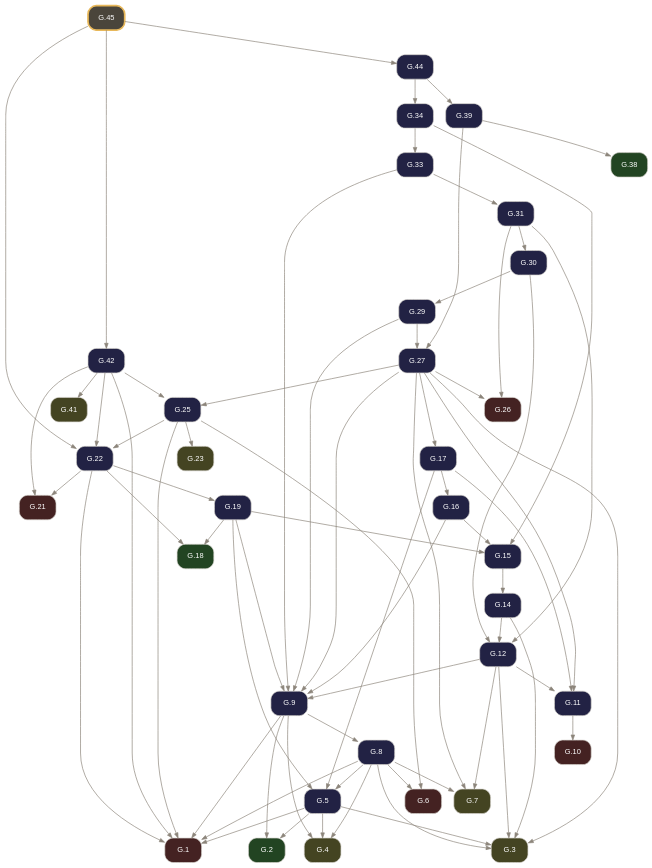
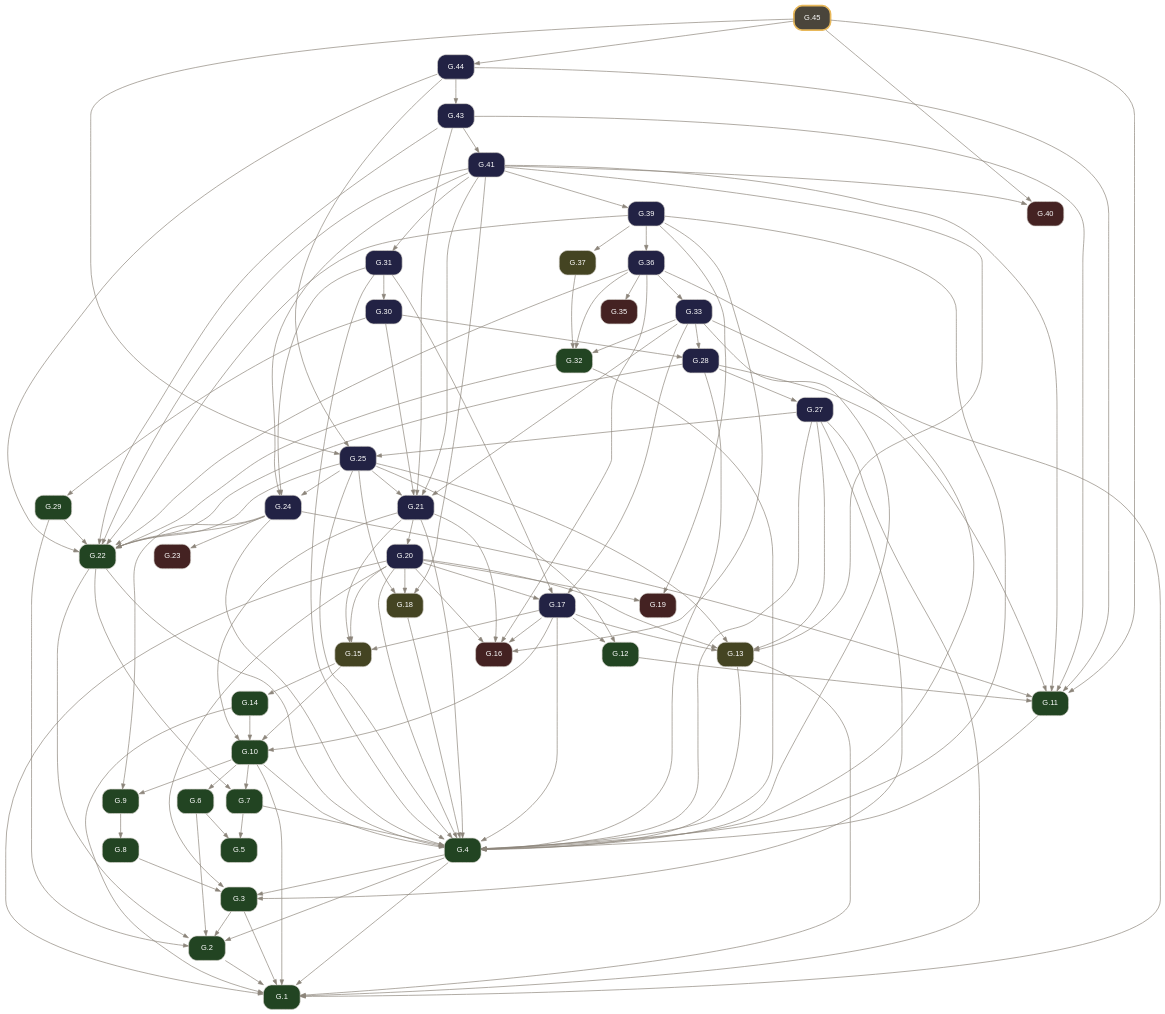
One commit to geometor/elements changed the diagram in docsrc/elements2/G.45/index.rst. Above: the diagram before and after it, drawn with Graphviz. The commit also changed other lines of this file and 2974 other files, not shown here.

Commit message:
feat(elements2): wire defined terms, short verb titles, coincidence operator, and 2-point circle notation (v0.4.0)

```diff
--- a/docsrc/elements2/G.45/index.rst
+++ b/docsrc/elements2/G.45/index.rst
@@ -82,108 +99,166 @@
      node [shape=box, style="rounded,filled", fontname="Helvetica", fontsize=11, color="#d6d3cd", fontcolor="#ffffff"];
      edge [color="#8c857b", fontcolor="#8c857b", arrowsize=0.75];
      rankdir="TB";
-     "G.1" [label="G.1", tooltip="G.1 (I.cn.1): Things equal to the same thing are equal to one another.", fillcolor="#442222", URL="../G.1/index.html", target="_top"];
-     "G.2" [label="G.2", tooltip="G.2 (I.def.15): A circle is a plane figure contained by one line such that all segments falling upon it from its center are equal.", fillcolor="#224422", URL="../G.2/index.html", target="_top"];
-     "G.3" [label="G.3", tooltip="G.3 (I.post.1): Construct a segment between any two points.", fillcolor="#444422", URL="../G.3/index.html", target="_top"];
-     "G.4" [label="G.4", tooltip="G.4 (I.post.3): Construct a circle with any center and radius.", fillcolor="#444422", URL="../G.4/index.html", target="_top"];
-     "G.5" [label="G.5", tooltip="G.5 (I.1): Construct an equilateral triangle on a given finite segment.", fillcolor="#222244", URL="../G.5/index.html", target="_top"];
-     "G.6" [label="G.6", tooltip="G.6 (I.cn.3): If equals are subtracted from equals, the remainders are equal.", fillcolor="#442222", URL="../G.6/index.html", target="_top"];
-     "G.7" [label="G.7", tooltip="G.7 (I.post.2): Extend a finite segment continuously in a straight line.", fillcolor="#444422", URL="../G.7/index.html", target="_top"];
-     "G.8" [label="G.8", tooltip="G.8 (I.2): Construct at a given point a segment equal to a given segment.", fillcolor="#222244", URL="../G.8/index.html", target="_top"];
-     "G.9" [label="G.9", tooltip="G.9 (I.3): Cut off from the greater of two unequal segments a segment equal to the less.", fillcolor="#222244", URL="../G.9/index.html", target="_top"];
-     "G.10" [label="G.10", tooltip="G.10 (I.cn.4): Things that coincide with one another are equal.", fillcolor="#442222", URL="../G.10/index.html", target="_top"];
-     "G.11" [label="G.11", tooltip="G.11 (I.4): Triangles with two sides and the included angle equal are congruent (SAS).", fillcolor="#222244", URL="../G.11/index.html", target="_top"];
-     "G.12" [label="G.12", tooltip="G.12 (I.5): In an isosceles triangle, the angles at the base are equal, and if the equal sides are extended, the angles under the base are equal.", fillcolor="#222244", URL="../G.12/index.html", target="_top"];
-     "G.14" [label="G.14", tooltip="G.14 (I.7): On the same segment and on the same side, there cannot be constructed two distinct triangles with both pairs of conterminous sides equal.", fillcolor="#222244", URL="../G.14/index.html", target="_top"];
-     "G.15" [label="G.15", tooltip="G.15 (I.8): Triangles with all three corresponding sides equal have their corresponding angles equal (SSS).", fillcolor="#222244", URL="../G.15/index.html", target="_top"];
-     "G.16" [label="G.16", tooltip="G.16 (I.9): Bisect a given angle.", fillcolor="#222244", URL="../G.16/index.html", target="_top"];
-     "G.17" [label="G.17", tooltip="G.17 (I.10): Bisect a given finite segment.", fillcolor="#222244", URL="../G.17/index.html", target="_top"];
-     "G.18" [label="G.18", tooltip="G.18 (I.def.10): When a straight line standing on a straight line makes the adjacent angles equal, each of the equal angles is a right angle, and the standing line is perpendicular to that on which...", fillcolor="#224422", URL="../G.18/index.html", target="_top"];
-     "G.19" [label="G.19", tooltip="G.19 (I.11): Construct a line at right angles to a given line from a given point on it.", fillcolor="#222244", URL="../G.19/index.html", target="_top"];
-     "G.21" [label="G.21", tooltip="G.21 (I.cn.2): If equals are added to equals, the wholes are equal.", fillcolor="#442222", URL="../G.21/index.html", target="_top"];
-     "G.22" [label="G.22", tooltip="G.22 (I.13): A ray standing on a line makes either two right angles or adjacent angles summing to two right angles.", fillcolor="#222244", URL="../G.22/index.html", target="_top"];
-     "G.23" [label="G.23", tooltip="G.23 (I.post.4): All right angles are equal.", fillcolor="#444422", URL="../G.23/index.html", target="_top"];
-     "G.25" [label="G.25", tooltip="G.25 (I.15): Intersecting lines make their vertical angles equal.", fillcolor="#222244", URL="../G.25/index.html", target="_top"];
-     "G.26" [label="G.26", tooltip="G.26 (I.cn.5): The whole is greater than the part.", fillcolor="#442222", URL="../G.26/index.html", target="_top"];
-     "G.27" [label="G.27", tooltip="G.27 (I.16): In any triangle, if one side is extended, the exterior angle is greater than either opposite interior angle.", fillcolor="#222244", URL="../G.27/index.html", target="_top"];
-     "G.29" [label="G.29", tooltip="G.29 (I.18): In any triangle, the greater side subtends the greater angle.", fillcolor="#222244", URL="../G.29/index.html", target="_top"];
-     "G.30" [label="G.30", tooltip="G.30 (I.19): In any triangle, the greater angle is subtended by the greater side.", fillcolor="#222244", URL="../G.30/index.html", target="_top"];
-     "G.31" [label="G.31", tooltip="G.31 (I.20): In any triangle, the sum of any two sides is greater than the remaining side.", fillcolor="#222244", URL="../G.31/index.html", target="_top"];
-     "G.33" [label="G.33", tooltip="G.33 (I.22): Construct a triangle from three segments equal to three given segments satisfying the triangle inequality.", fillcolor="#222244", URL="../G.33/index.html", target="_top"];
-     "G.34" [label="G.34", tooltip="G.34 (I.23): Construct on a given line at a given point an angle equal to a given angle.", fillcolor="#222244", URL="../G.34/index.html", target="_top"];
-     "G.38" [label="G.38", tooltip="G.38 (I.def.23): Parallel lines are straight lines in the same plane which, produced indefinitely in both directions, do not meet.", fillcolor="#224422", URL="../G.38/index.html", target="_top"];
-     "G.39" [label="G.39", tooltip="G.39 (I.27): If a transversal cutting two lines makes the alternate interior angles equal, the lines are parallel.", fillcolor="#222244", URL="../G.39/index.html", target="_top"];
-     "G.41" [label="G.41", tooltip="G.41 (I.post.5): Two lines intersected by a transversal with interior angles on one side summing to less than two right angles meet on that side.", fillcolor="#444422", URL="../G.41/index.html", target="_top"];
-     "G.42" [label="G.42", tooltip="G.42 (I.29): A transversal cutting parallel lines makes alternate interior angles equal, exterior and opposite interior angles equal, and same-side interior angles supplementary.", fillcolor="#222244", URL="../G.42/index.html", target="_top"];
-     "G.44" [label="G.44", tooltip="G.44 (I.31): Construct through a given point a line parallel to a given line.", fillcolor="#222244", URL="../G.44/index.html", target="_top"];
-     "G.45" [label="G.45", tooltip="G.45 (I.32): In any triangle, an exterior angle equals the sum of the two opposite interior angles, and the three interior angles sum to two right angles.", penwidth=2.5, color="#e8b85a", fillcolor="#4a453b", URL="index.html", target="_top"];
-     "G.5" -> "G.1";
-     "G.8" -> "G.1";
-     "G.9" -> "G.1";
-     "G.22" -> "G.1";
-     "G.25" -> "G.1";
-     "G.42" -> "G.1";
-     "G.5" -> "G.2";
-     "G.9" -> "G.2";
-     "G.5" -> "G.3";
+     "G.1" [label="G.1", tooltip="G.1 (I.def.1): A point A is that which has no part.", fillcolor="#224422", URL="../G.1/index.html", target="_top"];
+     "G.2" [label="G.2", tooltip="G.2 (I.def.2): A line [ A B ] is a projection of a relationship of two points A, B.", fillcolor="#224422", URL="../G.2/index.html", target="_top"];
+     "G.3" [label="G.3", tooltip="G.3 (I.def.3): The extremities of a segment / A B / are points A, B.", fillcolor="#224422", URL="../G.3/index.html", target="_top"];
+     "G.4" [label="G.4", tooltip="G.4 (I.def.4): A segment / A B / is a portion of a line [ A B ] between two points A, B on the line.", fillcolor="#224422", URL="../G.4/index.html", target="_top"];
+     "G.5" [label="G.5", tooltip="G.5 (I.def.5): A surface is that which has length and breadth only.", fillcolor="#224422", URL="../G.5/index.html", target="_top"];
+     "G.6" [label="G.6", tooltip="G.6 (I.def.6): The extremities of a surface are lines or arcs.", fillcolor="#224422", URL="../G.6/index.html", target="_top"];
+     "G.7" [label="G.7", tooltip="G.7 (I.def.7): A plane surface lies evenly with the lines on itself.", fillcolor="#224422", URL="../G.7/index.html", target="_top"];
+     "G.8" [label="G.8", tooltip="G.8 (I.def.13): A boundary is the extremity of anything.", fillcolor="#224422", URL="../G.8/index.html", target="_top"];
+     "G.9" [label="G.9", tooltip="G.9 (I.def.14): A figure is that which is contained by any boundary or boundaries.", fillcolor="#224422", URL="../G.9/index.html", target="_top"];
+     "G.10" [label="G.10", tooltip="G.10 (I.def.15): A circle ( A B ) is a plane figure contained by one arc defined by a center A and a point B establishing its defining radius / A B /, such that all segments / A B /, / A C /, / A D...", fillcolor="#224422", URL="../G.10/index.html", target="_top"];
+     "G.11" [label="G.11", tooltip="G.11 (I.def.19): Rectilineal figures are contained by segments: trilateral by three, quadrilateral by four, and multilateral by more than four.", fillcolor="#224422", URL="../G.11/index.html", target="_top"];
+     "G.12" [label="G.12", tooltip="G.12 (I.def.20): Of trilateral figures, an equilateral triangle < A B C > has three equal sides, an isosceles triangle < D E F > has two equal sides, and a scalene triangle < G H K > has three uneq...", fillcolor="#224422", URL="../G.12/index.html", target="_top"];
+     "G.13" [label="G.13", tooltip="G.13 (I.post.1): Construct a segment / A B / between any two points A, B.", fillcolor="#444422", URL="../G.13/index.html", target="_top"];
+     "G.14" [label="G.14", tooltip="G.14 (I.def.16): The point A within the circle ( A B ) from which all segments / A B /, / A C / to the arc are equal is called the center of the circle.", fillcolor="#224422", URL="../G.14/index.html", target="_top"];
+     "G.15" [label="G.15", tooltip="G.15 (I.post.3): Construct a circle ( A B ) with center A and defining radius point B.", fillcolor="#444422", URL="../G.15/index.html", target="_top"];
+     "G.16" [label="G.16", tooltip="G.16 (I.cn.1): Things equal to the same thing are equal to one another.", fillcolor="#442222", URL="../G.16/index.html", target="_top"];
+     "G.17" [label="G.17", tooltip="G.17 (I.1): Construct an equilateral triangle on a given segment.", fillcolor="#222244", URL="../G.17/index.html", target="_top"];
+     "G.18" [label="G.18", tooltip="G.18 (I.post.2): Extend a segment / A B / continuously along a line [ A B ] to / B C /.", fillcolor="#444422", URL="../G.18/index.html", target="_top"];
+     "G.19" [label="G.19", tooltip="G.19 (I.cn.3): If equals are subtracted from equals, the remainders are equal.", fillcolor="#442222", URL="../G.19/index.html", target="_top"];
+     "G.20" [label="G.20", tooltip="G.20 (I.2): Construct at a given point a segment equal to a given segment.", fillcolor="#222244", URL="../G.20/index.html", target="_top"];
+     "G.21" [label="G.21", tooltip="G.21 (I.3): Cut off from the greater of two unequal segments a segment equal to the less.", fillcolor="#222244", URL="../G.21/index.html", target="_top"];
+     "G.22" [label="G.22", tooltip="G.22 (I.def.8): A plane angle is the inclination to one another of two lines or arcs in a plane that meet and do not lie on the same line.", fillcolor="#224422", URL="../G.22/index.html", target="_top"];
+     "G.23" [label="G.23", tooltip="G.23 (I.cn.4): Things / A B /, / D E / that coincide with one another are equal to one another.", fillcolor="#442222", URL="../G.23/index.html", target="_top"];
+     "G.24" [label="G.24", tooltip="G.24 (I.4): Triangles with two sides and the included angle equal are congruent (SAS).", fillcolor="#222244", URL="../G.24/index.html", target="_top"];
+     "G.25" [label="G.25", tooltip="G.25 (I.5): In an isosceles triangle, the angles at the base are equal, and if the equal sides are extended, the angles under the base are equal.", fillcolor="#222244", URL="../G.25/index.html", target="_top"];
+     "G.27" [label="G.27", tooltip="G.27 (I.7): On the same segment and on the same side, there cannot be constructed two distinct triangles with both pairs of conterminous sides equal.", fillcolor="#222244", URL="../G.27/index.html", target="_top"];
+     "G.28" [label="G.28", tooltip="G.28 (I.8): Triangles with all three corresponding sides equal have their corresponding angles equal (SSS).", fillcolor="#222244", URL="../G.28/index.html", target="_top"];
+     "G.29" [label="G.29", tooltip="G.29 (I.def.9): A rectilineal angle is contained by two segments or lines.", fillcolor="#224422", URL="../G.29/index.html", target="_top"];
+     "G.30" [label="G.30", tooltip="G.30 (I.9): Bisect a given angle.", fillcolor="#222244", URL="../G.30/index.html", target="_top"];
+     "G.31" [label="G.31", tooltip="G.31 (I.10): Bisect a given segment.", fillcolor="#222244", URL="../G.31/index.html", target="_top"];
+     "G.32" [label="G.32", tooltip="G.32 (I.def.10): When a segment standing on a line makes the adjacent angles equal, each of the equal angles is a right angle, and the standing segment is perpendicular to the line.", fillcolor="#224422", URL="../G.32/index.html", target="_top"];
+     "G.33" [label="G.33", tooltip="G.33 (I.11): Construct a segment at right angles to a given line from a given point on it.", fillcolor="#222244", URL="../G.33/index.html", target="_top"];
+     "G.35" [label="G.35", tooltip="G.35 (I.cn.2): If equals are added to equals, the wholes are equal.", fillcolor="#442222", URL="../G.35/index.html", target="_top"];
+     "G.36" [label="G.36", tooltip="G.36 (I.13): A segment standing on a line makes either two right angles or adjacent angles summing to two right angles.", fillcolor="#222244", URL="../G.36/index.html", target="_top"];
+     "G.37" [label="G.37", tooltip="G.37 (I.post.4): All right angles are equal.", fillcolor="#444422", URL="../G.37/index.html", target="_top"];
+     "G.39" [label="G.39", tooltip="G.39 (I.15): Intersecting lines make their vertical angles equal.", fillcolor="#222244", URL="../G.39/index.html", target="_top"];
+     "G.40" [label="G.40", tooltip="G.40 (I.cn.5): The whole is greater than the part.", fillcolor="#442222", URL="../G.40/index.html", target="_top"];
+     "G.41" [label="G.41", tooltip="G.41 (I.16): In any triangle, if one side is extended, the exterior angle is greater than either opposite interior angle.", fillcolor="#222244", URL="../G.41/index.html", target="_top"];
+     "G.43" [label="G.43", tooltip="G.43 (I.18): In any triangle, the greater side subtends the greater angle.", fillcolor="#222244", URL="../G.43/index.html", target="_top"];
+     "G.44" [label="G.44", tooltip="G.44 (I.19): In any triangle, the greater angle is subtended by the greater side.", fillcolor="#222244", URL="../G.44/index.html", target="_top"];
+     "G.45" [label="G.45", tooltip="G.45 (I.20): In any triangle, the sum of any two sides is greater than the remaining side.", penwidth=2.5, color="#e8b85a", fillcolor="#4a453b", URL="index.html", target="_top"];
+     "G.2" -> "G.1";
+     "G.3" -> "G.1";
+     "G.4" -> "G.1";
+     "G.10" -> "G.1";
+     "G.13" -> "G.1";
+     "G.14" -> "G.1";
+     "G.20" -> "G.1";
+     "G.27" -> "G.1";
+     "G.33" -> "G.1";
+     "G.3" -> "G.2";
+     "G.4" -> "G.2";
+     "G.6" -> "G.2";
+     "G.22" -> "G.2";
+     "G.29" -> "G.2";
+     "G.4" -> "G.3";
      "G.8" -> "G.3";
-     "G.12" -> "G.3";
-     "G.14" -> "G.3";
+     "G.20" -> "G.3";
      "G.27" -> "G.3";
-     "G.5" -> "G.4";
-     "G.8" -> "G.4";
-     "G.9" -> "G.4";
-     "G.8" -> "G.5";
-     "G.17" -> "G.5";
-     "G.19" -> "G.5";
-     "G.8" -> "G.6";
-     "G.25" -> "G.6";
-     "G.8" -> "G.7";
-     "G.12" -> "G.7";
-     "G.27" -> "G.7";
+     "G.7" -> "G.4";
+     "G.10" -> "G.4";
+     "G.11" -> "G.4";
+     "G.13" -> "G.4";
+     "G.17" -> "G.4";
+     "G.18" -> "G.4";
+     "G.20" -> "G.4";
+     "G.21" -> "G.4";
+     "G.22" -> "G.4";
+     "G.24" -> "G.4";
+     "G.25" -> "G.4";
+     "G.27" -> "G.4";
+     "G.28" -> "G.4";
+     "G.31" -> "G.4";
+     "G.32" -> "G.4";
+     "G.33" -> "G.4";
+     "G.36" -> "G.4";
+     "G.39" -> "G.4";
+     "G.6" -> "G.5";
+     "G.7" -> "G.5";
+     "G.10" -> "G.6";
+     "G.10" -> "G.7";
+     "G.22" -> "G.7";
      "G.9" -> "G.8";
-     "G.12" -> "G.9";
-     "G.16" -> "G.9";
-     "G.19" -> "G.9";
-     "G.27" -> "G.9";
-     "G.29" -> "G.9";
-     "G.33" -> "G.9";
-     "G.11" -> "G.10";
+     "G.10" -> "G.9";
+     "G.24" -> "G.9";
+     "G.14" -> "G.10";
+     "G.15" -> "G.10";
+     "G.17" -> "G.10";
+     "G.21" -> "G.10";
      "G.12" -> "G.11";
-     "G.17" -> "G.11";
-     "G.27" -> "G.11";
-     "G.14" -> "G.12";
-     "G.30" -> "G.12";
-     "G.31" -> "G.12";
+     "G.24" -> "G.11";
+     "G.28" -> "G.11";
+     "G.41" -> "G.11";
+     "G.43" -> "G.11";
+     "G.44" -> "G.11";
+     "G.45" -> "G.11";
+     "G.17" -> "G.12";
+     "G.25" -> "G.12";
+     "G.17" -> "G.13";
+     "G.20" -> "G.13";
+     "G.25" -> "G.13";
+     "G.27" -> "G.13";
+     "G.41" -> "G.13";
      "G.15" -> "G.14";
-     "G.16" -> "G.15";
-     "G.19" -> "G.15";
-     "G.34" -> "G.15";
+     "G.17" -> "G.15";
+     "G.20" -> "G.15";
+     "G.21" -> "G.15";
      "G.17" -> "G.16";
-     "G.27" -> "G.17";
-     "G.19" -> "G.18";
-     "G.22" -> "G.18";
-     "G.22" -> "G.19";
-     "G.22" -> "G.21";
-     "G.42" -> "G.21";
+     "G.20" -> "G.16";
+     "G.21" -> "G.16";
+     "G.36" -> "G.16";
+     "G.39" -> "G.16";
+     "G.20" -> "G.17";
+     "G.31" -> "G.17";
+     "G.33" -> "G.17";
+     "G.20" -> "G.18";
+     "G.25" -> "G.18";
+     "G.41" -> "G.18";
+     "G.20" -> "G.19";
+     "G.39" -> "G.19";
+     "G.21" -> "G.20";
+     "G.25" -> "G.21";
+     "G.30" -> "G.21";
+     "G.33" -> "G.21";
+     "G.41" -> "G.21";
+     "G.43" -> "G.21";
+     "G.24" -> "G.22";
      "G.25" -> "G.22";
-     "G.42" -> "G.22";
-     "G.45" -> "G.22";
-     "G.25" -> "G.23";
+     "G.28" -> "G.22";
+     "G.29" -> "G.22";
+     "G.32" -> "G.22";
+     "G.36" -> "G.22";
+     "G.39" -> "G.22";
+     "G.41" -> "G.22";
+     "G.43" -> "G.22";
+     "G.44" -> "G.22";
+     "G.24" -> "G.23";
+     "G.25" -> "G.24";
+     "G.31" -> "G.24";
+     "G.41" -> "G.24";
      "G.27" -> "G.25";
-     "G.42" -> "G.25";
-     "G.27" -> "G.26";
-     "G.31" -> "G.26";
-     "G.29" -> "G.27";
-     "G.39" -> "G.27";
+     "G.44" -> "G.25";
+     "G.45" -> "G.25";
+     "G.28" -> "G.27";
+     "G.30" -> "G.28";
+     "G.33" -> "G.28";
      "G.30" -> "G.29";
      "G.31" -> "G.30";
-     "G.33" -> "G.31";
-     "G.34" -> "G.33";
-     "G.44" -> "G.34";
-     "G.39" -> "G.38";
-     "G.44" -> "G.39";
-     "G.42" -> "G.41";
-     "G.45" -> "G.42";
+     "G.41" -> "G.31";
+     "G.33" -> "G.32";
+     "G.36" -> "G.32";
+     "G.37" -> "G.32";
+     "G.36" -> "G.33";
+     "G.36" -> "G.35";
+     "G.39" -> "G.36";
+     "G.39" -> "G.37";
+     "G.41" -> "G.39";
+     "G.41" -> "G.40";
+     "G.45" -> "G.40";
+     "G.43" -> "G.41";
+     "G.44" -> "G.43";
      "G.45" -> "G.44";
    }
```
